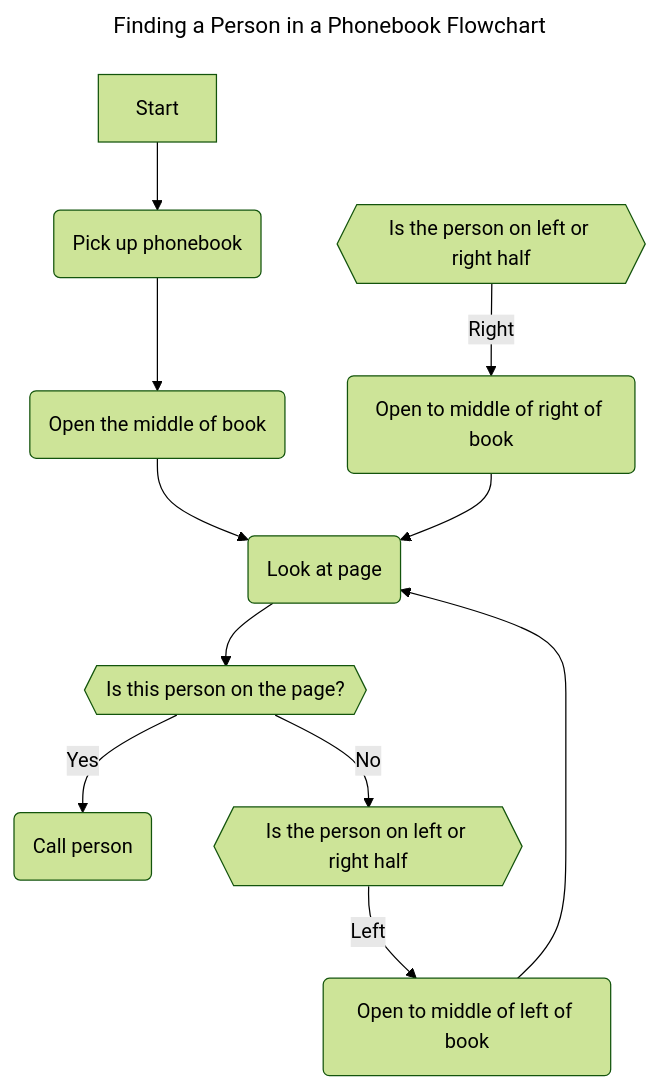
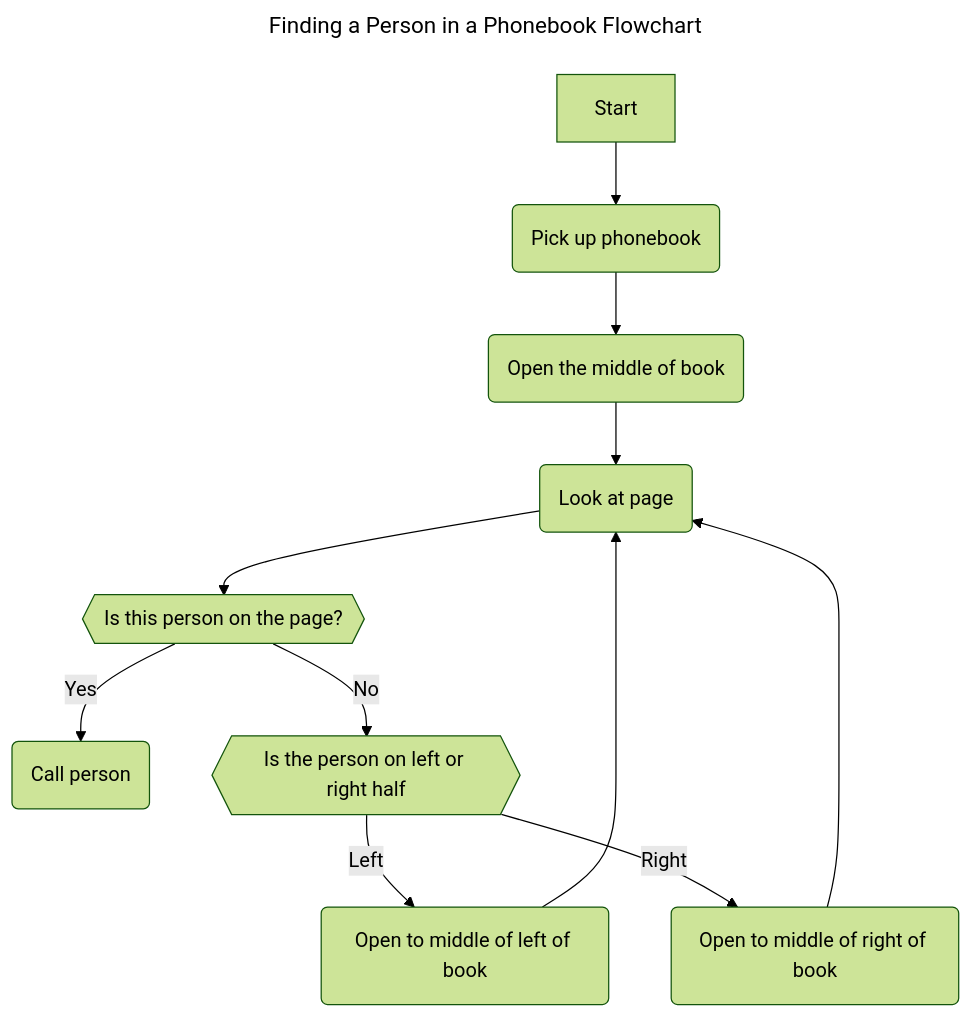
One commit to jayshozie/ceng240 changed the diagram in notes4newbies/W02-intro-to-algorithms-and-programming-languages.md. Above: the diagram before and after it, drawn with Mermaid (forest theme).

````diff
--- a/notes4newbies/W02-intro-to-algorithms-and-programming-languages.md
+++ b/notes4newbies/W02-intro-to-algorithms-and-programming-languages.md
@@ -137,16 +137,16 @@
 ```mermaid
 ---
 title: Finding a Person in a Phonebook Flowchart
 ---
 flowchart TB;
     id1[Start] --> id2(Pick up phonebook);
     id2(Pick up phonebook) --> id3(Open the middle of book);
     id3(Open the middle of book) --> id4(Look at page);
     id4(Look at page) --> id5{{Is person on the page?}};
     id5{{Is this person on the page?}} -->|Yes|id7(Call person);
     id5{{Is this person on the page?}} -->|No|id8{{Is the person on left or right half}};
     id8{{Is the person on left or right half}} -->|Left|id9(Open to middle of left of book);
+    id8{{Is the person on left or right half}} -->|Right|id10(Open to middle of right of book);
     id9(Open to middle of left of book) --> id4(Look at page);
-    id10{{Is the person on left or right half}} -->|Right|id11(Open to middle of right of book);
-    id11(Open to middle of right of book) --> id4(Look at page);
+    id10(Open to middle of right of book) --> id4(Look at page);
 ```
````
